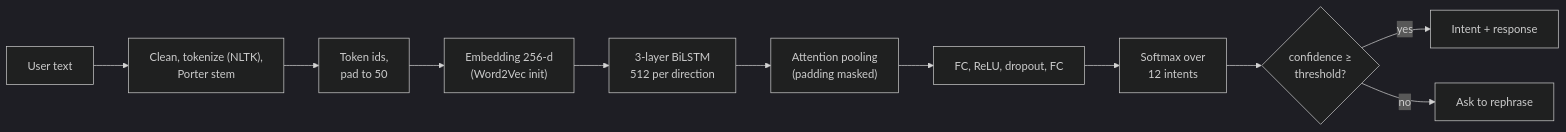
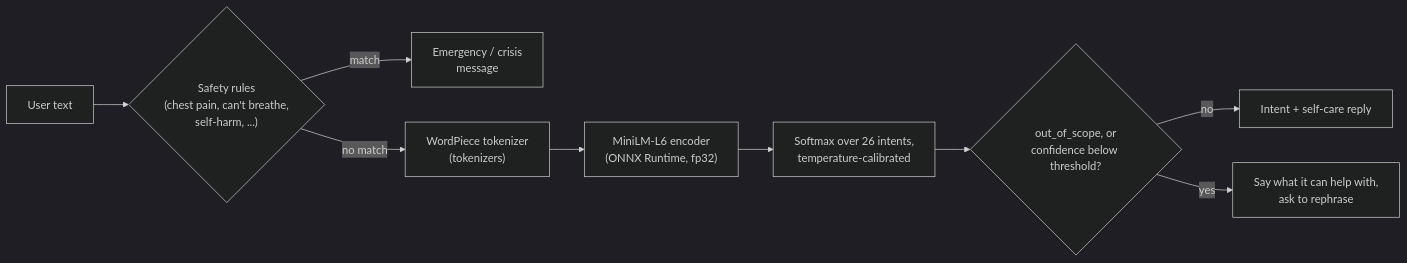
Before and after one commit to Jinam-Shah/Medical-Intent-Classifier: the first of 2 diagrams in README.md, drawn with Mermaid (dark theme). The commit also changed other lines of this file and 2 other files, not shown here.

````diff
--- a/README.md
+++ b/README.md
@@ -44,13 +46,11 @@
 ```mermaid
 flowchart LR
-    A["User text"] --> B["Clean, tokenize (NLTK),<br/>Porter stem"]
-    B --> C["Token ids,<br/>pad to 50"]
-    C --> D["Embedding 256-d<br/>(Word2Vec init)"]
-    D --> E["3-layer BiLSTM<br/>512 per direction"]
-    E --> F["Attention pooling<br/>(padding masked)"]
-    F --> G["FC, ReLU, dropout, FC"]
-    G --> H["Softmax over<br/>12 intents"]
-    H --> I{"confidence ≥<br/>threshold?"}
-    I -- yes --> J["Intent + response"]
-    I -- no --> K["Ask to rephrase"]
+    A["User text"] --> S{"Safety rules<br/>(chest pain, can't breathe,<br/>self-harm, ...)"}
+    S -- match --> E["Emergency / crisis<br/>message"]
+    S -- no match --> T["WordPiece tokenizer<br/>(tokenizers)"]
+    T --> M["MiniLM-L6 encoder<br/>(ONNX Runtime, fp32)"]
+    M --> H["Softmax over 26 intents,<br/>temperature-calibrated"]
+    H --> I{"out_of_scope, or<br/>confidence below threshold?"}
+    I -- no --> J["Intent + self-care reply"]
+    I -- yes --> K["Say what it can help with,<br/>ask to rephrase"]
 ```
````
